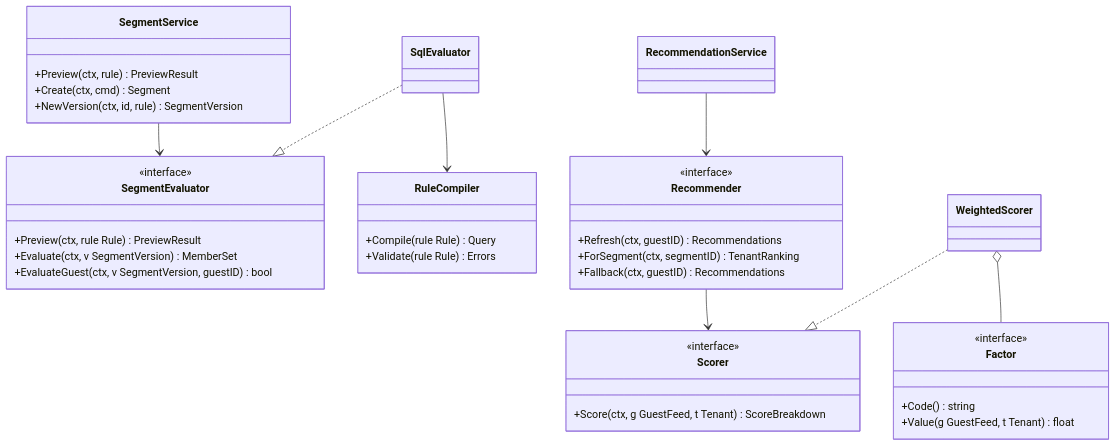
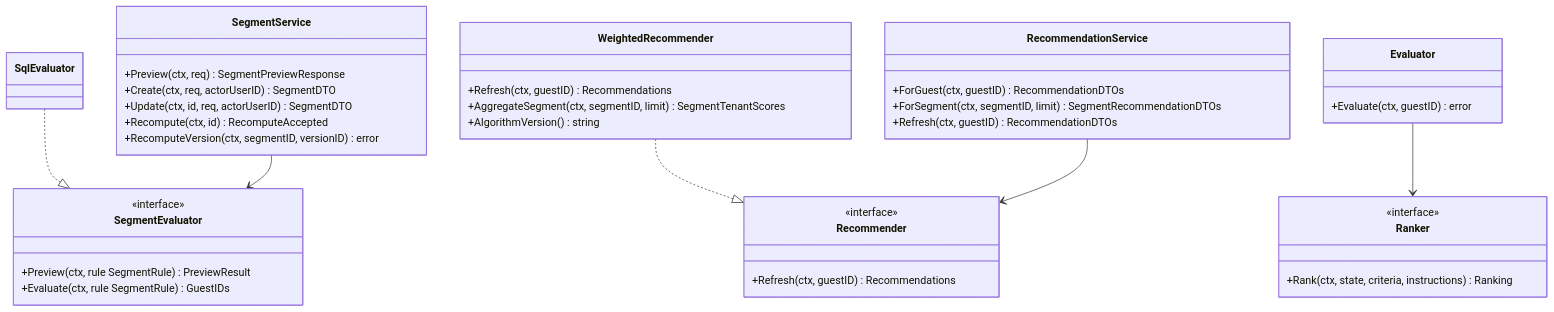
The fourth of 6 diagrams in docs/design/10-class-diagram.md (MangriMen/UCRP), drawn with Mermaid before and after one commit. The commit also changed other lines of this file and 195 other files, not shown here.

````diff
--- a/docs/design/10-class-diagram.md
+++ b/docs/design/10-class-diagram.md
@@ -148,42 +153,42 @@
 ```mermaid
 classDiagram
   class SegmentEvaluator {
     <<interface>>
-    +Preview(ctx, rule Rule) PreviewResult
-    +Evaluate(ctx, v SegmentVersion) MemberSet
-    +EvaluateGuest(ctx, v SegmentVersion, guestID) bool
-  }
-  class RuleCompiler {
-    +Compile(rule Rule) Query
-    +Validate(rule Rule) Errors
+    +Preview(ctx, rule SegmentRule) PreviewResult
+    +Evaluate(ctx, rule SegmentRule) GuestIDs
   }
   class SqlEvaluator
   class SegmentService {
-    +Preview(ctx, rule) PreviewResult
-    +Create(ctx, cmd) Segment
-    +NewVersion(ctx, id, rule) SegmentVersion
+    +Preview(ctx, req) SegmentPreviewResponse
+    +Create(ctx, req, actorUserID) SegmentDTO
+    +Update(ctx, id, req, actorUserID) SegmentDTO
+    +Recompute(ctx, id) RecomputeAccepted
+    +RecomputeVersion(ctx, segmentID, versionID) error
   }
   class Recommender {
     <<interface>>
     +Refresh(ctx, guestID) Recommendations
-    +ForSegment(ctx, segmentID) TenantRanking
-    +Fallback(ctx, guestID) Recommendations
   }
-  class Scorer {
+  class WeightedRecommender {
+    +Refresh(ctx, guestID) Recommendations
+    +AggregateSegment(ctx, segmentID, limit) SegmentTenantScores
+    +AlgorithmVersion() string
+  }
+  class RecommendationService {
+    +ForGuest(ctx, guestID) RecommendationDTOs
+    +ForSegment(ctx, segmentID, limit) SegmentRecommendationDTOs
+    +Refresh(ctx, guestID) RecommendationDTOs
+  }
+  class Evaluator {
+    +Evaluate(ctx, guestID) error
+  }
+  class Ranker {
     <<interface>>
-    +Score(ctx, g GuestFeed, t Tenant) ScoreBreakdown
-  }
-  class WeightedScorer
-  class Factor {
-    <<interface>>
-    +Code() string
-    +Value(g GuestFeed, t Tenant) float
+    +Rank(ctx, state, criteria, instructions) Ranking
   }
   SqlEvaluator ..|> SegmentEvaluator
-  SqlEvaluator --> RuleCompiler
+  WeightedRecommender ..|> Recommender
   SegmentService --> SegmentEvaluator
-  WeightedScorer ..|> Scorer
-  WeightedScorer o-- Factor
   RecommendationService --> Recommender
-  Recommender --> Scorer
+  Evaluator --> Ranker
 ```
````
